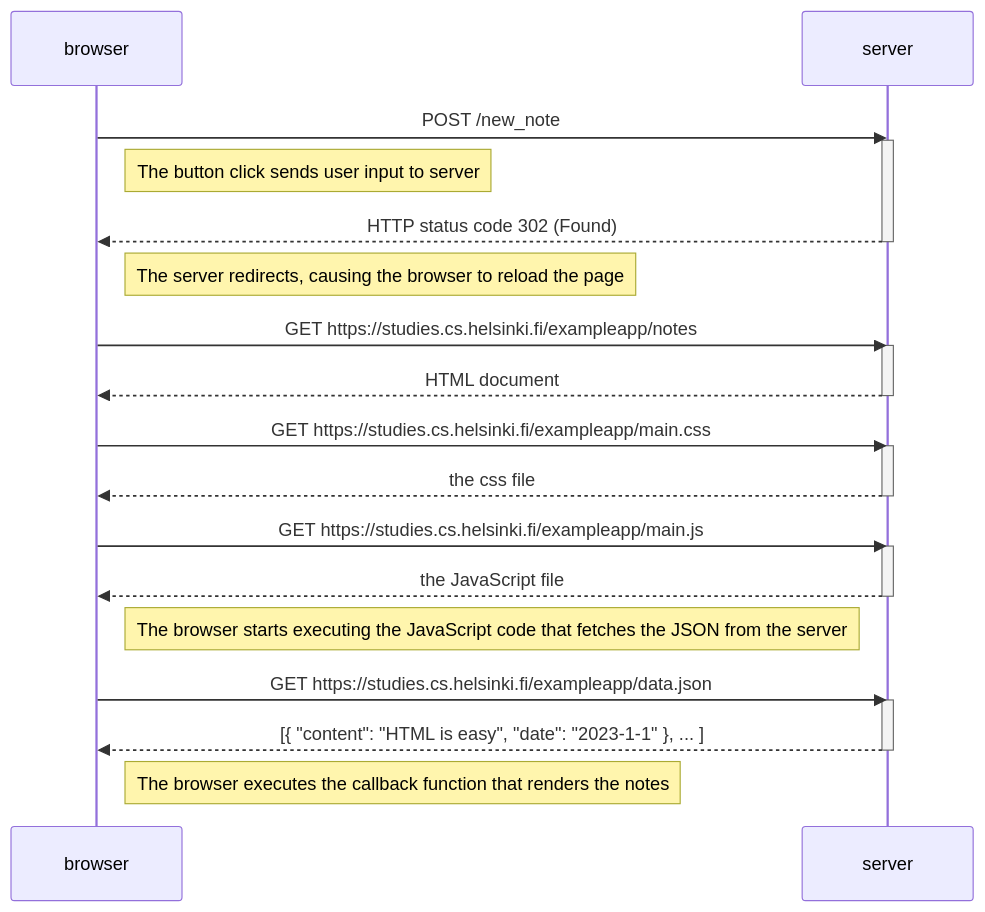
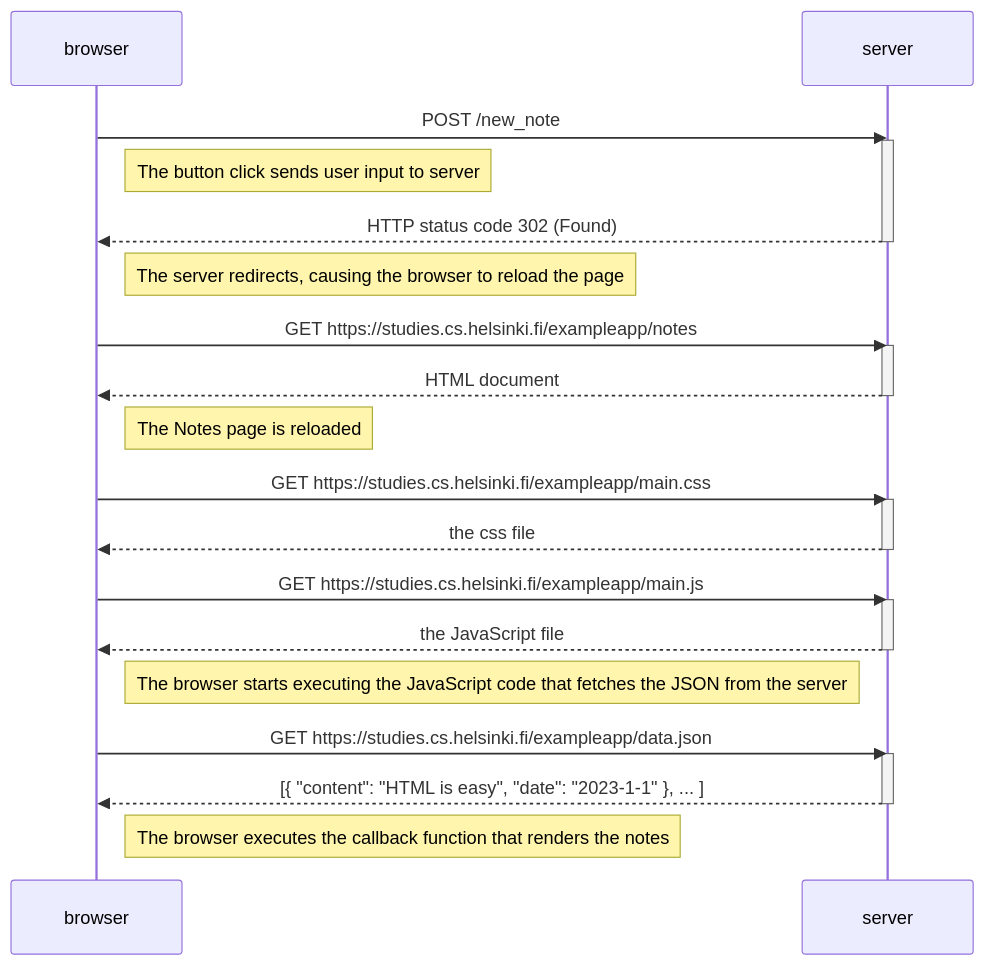
Before and after one commit to daniellandsman1/full-stack-open: the diagram in part0/exercise-0.4.md, drawn with Mermaid.

````diff
--- a/part0/exercise-0.4.md
+++ b/part0/exercise-0.4.md
@@ -4,39 +4,41 @@
 ```mermaid
 sequenceDiagram
     participant browser
     participant server
 
     browser->>server: POST /new_note
     activate server
 
     Note right of browser: The button click sends user input to server
 
     server-->>browser: HTTP status code 302 (Found)
     deactivate server
 
     Note right of browser: The server redirects, causing the browser to reload the page
 
     browser->>server: GET https://studies.cs.helsinki.fi/exampleapp/notes
     activate server
     server-->>browser: HTML document
     deactivate server
 
+    Note right of browser: The Notes page is reloaded
+
     browser->>server: GET https://studies.cs.helsinki.fi/exampleapp/main.css
     activate server
     server-->>browser: the css file
     deactivate server
 
     browser->>server: GET https://studies.cs.helsinki.fi/exampleapp/main.js
     activate server
     server-->>browser: the JavaScript file
     deactivate server
 
     Note right of browser: The browser starts executing the JavaScript code that fetches the JSON from the server
 
     browser->>server: GET https://studies.cs.helsinki.fi/exampleapp/data.json
     activate server
     server-->>browser: [{ "content": "HTML is easy", "date": "2023-1-1" }, ... ]
     deactivate server
 
     Note right of browser: The browser executes the callback function that renders the notes
 ```
````
